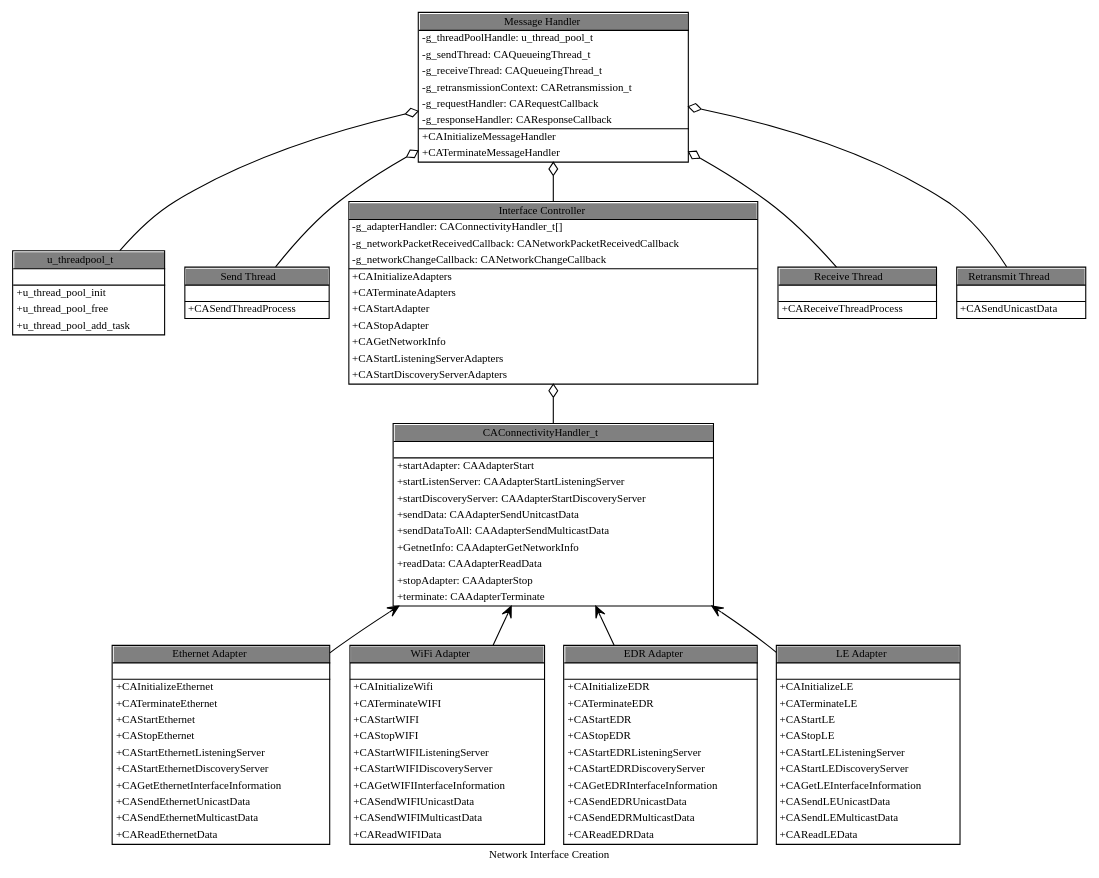
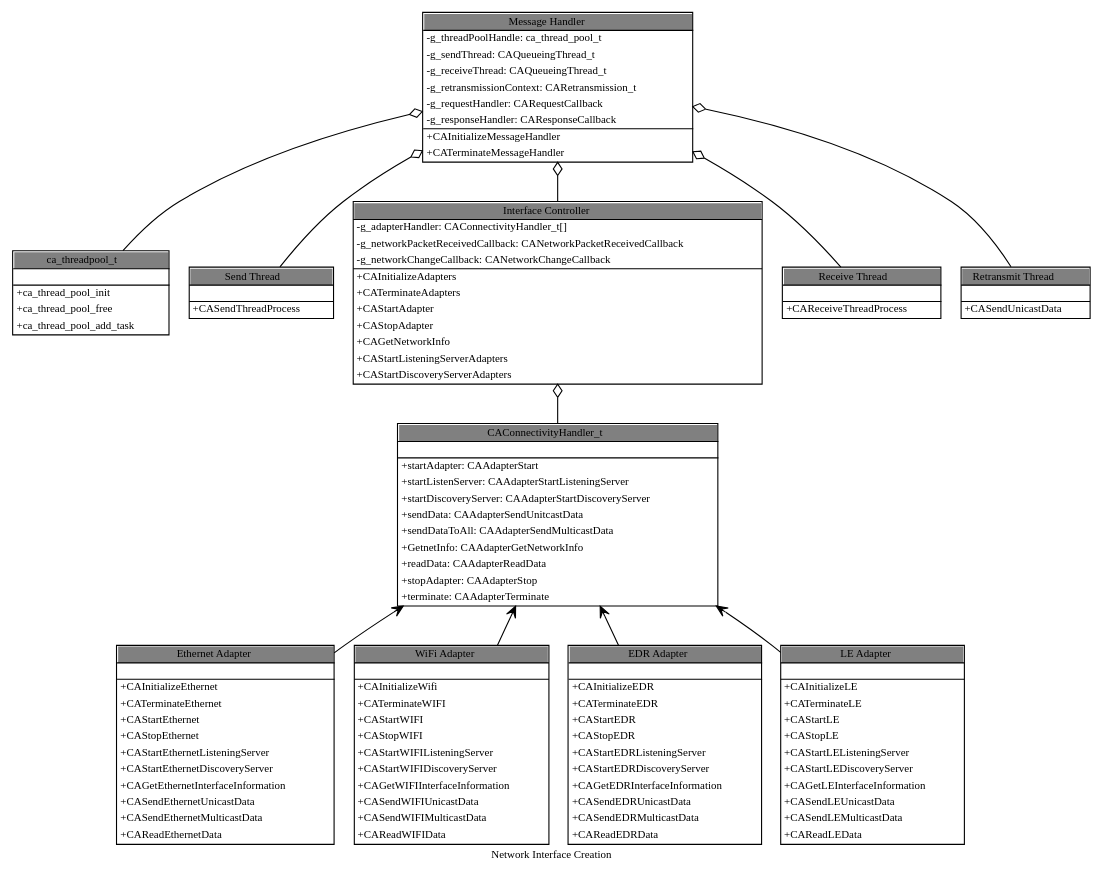
The diagram in resource/docs/devdox/dot/ca_arch.gv (iotivity/iotivity), drawn with Graphviz before and after one commit. The commit also changed 102 other files, not shown here.

First line of the commit message:
Replace glib threadpool usage with a 'dumb' thread implementation.

```diff
--- a/resource/docs/devdox/dot/ca_arch.gv
+++ b/resource/docs/devdox/dot/ca_arch.gv
@@ -38,7 +38,7 @@
         label = <<table border="1" cellspacing="0" cellborder="0">
                     <tr><td port="a" tooltip="Message Handler" bgcolor="gray">Message Handler</td></tr>
                     <hr/>
-                    <tr><td align="left" href="\ref g_threadPoolHandle" tooltip="-g_threadPoolHandle: u_thread_pool_t">-g_threadPoolHandle: u_thread_pool_t</td></tr>
+                    <tr><td align="left" href="\ref g_threadPoolHandle" tooltip="-g_threadPoolHandle: ca_thread_pool_t">-g_threadPoolHandle: ca_thread_pool_t</td></tr>
                     <tr><td align="left" href="\ref g_sendThread" tooltip="-g_sendThread: CAQueueingThread_t">-g_sendThread: CAQueueingThread_t</td></tr>
                     <tr><td align="left" href="\ref g_receiveThread" tooltip="-g_receiveThread: CAQueueingThread_t">-g_receiveThread: CAQueueingThread_t</td></tr>
                     <tr><td align="left" href="\ref g_retransmissionContext" tooltip="-g_retransmissionContext: CARetransmission_t">-g_retransmissionContext: CARetransmission_t</td></tr>
@@ -52,22 +52,22 @@
 
     threadpool [
         shape = none
-        margin = 0        
+        margin = 0
         label = <<table border="1" cellspacing="0" cellborder="0">
-                    <tr><td href="\ref u_thread_pool_t" tooltip="u_threadpool_t" bgcolor="gray">u_threadpool_t</td></tr>
+                    <tr><td href="\ref ca_thread_pool_t" tooltip="ca_threadpool_t" bgcolor="gray">ca_threadpool_t</td></tr>
                     <hr/>
                     <tr><td> </td></tr>
                     <hr/>
-                    <tr><td align="left" href="\ref u_thread_pool_init()" tooltip="+u_thread_pool_init">+u_thread_pool_init</td></tr>
-                    <tr><td align="left" href="\ref u_thread_pool_free()" tooltip="+u_thread_pool_free">+u_thread_pool_free</td></tr>
-                    <tr><td align="left" href="\ref u_thread_pool_add_task()" tooltip="+u_thread_pool_add_task">+u_thread_pool_add_task</td></tr>
+                    <tr><td align="left" href="\ref ca_thread_pool_init()" tooltip="+ca_thread_pool_init">+ca_thread_pool_init</td></tr>
+                    <tr><td align="left" href="\ref ca_thread_pool_free()" tooltip="+ca_thread_pool_free">+ca_thread_pool_free</td></tr>
+                    <tr><td align="left" href="\ref ca_thread_pool_add_task()" tooltip="+ca_thread_pool_add_task">+ca_thread_pool_add_task</td></tr>
                 </table>>
     ]
 
 
     thread_out [
         shape = none
-        margin = 0        
+        margin = 0
         label = <<table border="1" cellspacing="0" cellborder="0">
                     <tr><td href="\ref CASendThreadProcess()" tooltip="Send Thread" bgcolor="gray">Send Thread</td></tr>
                     <hr/>
@@ -79,7 +79,7 @@
 
     thread_in [
         shape = none
-        margin = 0        
+        margin = 0
         label = <<table border="1" cellspacing="0" cellborder="0">
                     <tr><td href="\ref CAReceiveThreadProcess()" tooltip="Receive Thread" bgcolor="gray">Receive Thread</td></tr>
                     <hr/>
@@ -91,7 +91,7 @@
 
     thread_retrans [
         shape = none
-        margin = 0        
+        margin = 0
         label = <<table border="1" cellspacing="0" cellborder="0">
                     <tr><td href="\ref CASendUnicastData()" tooltip="Retransmit Thread" bgcolor="gray">Retransmit Thread</td></tr>
                     <hr/>
@@ -108,7 +108,7 @@
 
 
         shape = none
-        margin = 0        
+        margin = 0
         label = <<table border="1" cellspacing="0" cellborder="0">
                     <tr><td href="\ref CAInitializeAdapters()" tooltip="Interface Controller" bgcolor="gray">Interface Controller</td></tr>
                     <hr/>
@@ -130,7 +130,7 @@
 
     conn_handler [
         shape = none
-        margin = 0        
+        margin = 0
         label = <<table border="1" cellspacing="0" cellborder="0">
                     <tr><td href="\ref CAConnectivityHandler_t" tooltip="CAConnectivityHandler_t" bgcolor="gray">CAConnectivityHandler_t</td></tr>
                     <hr/>
```
